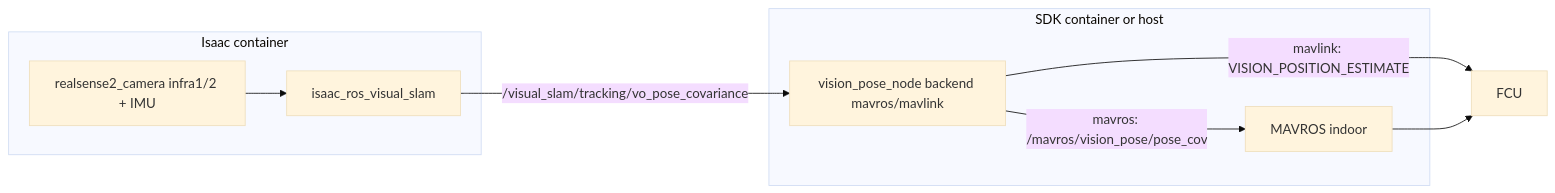
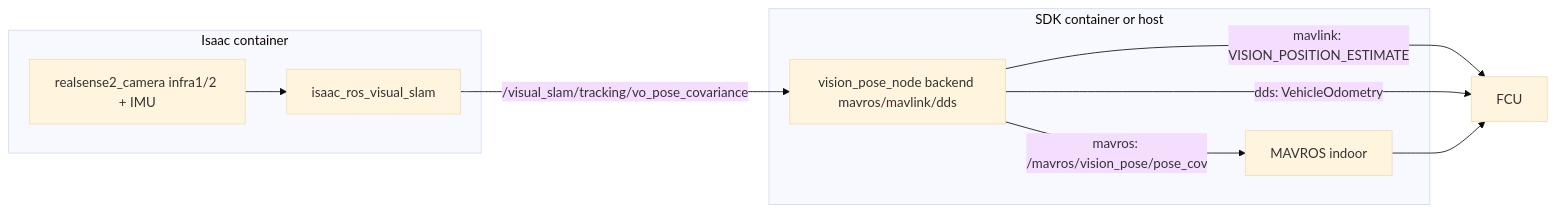
One commit to Black-Bee-Drones/nectar-sdk changed the diagram in nectar/nectar/control/localization/README.md. Above: the diagram before and after it, drawn with Mermaid (base theme). The commit also changed other lines of this file and 2 other files, not shown here.

````diff
--- a/nectar/nectar/control/localization/README.md
+++ b/nectar/nectar/control/localization/README.md
@@ -17,16 +17,17 @@
 ```mermaid
 flowchart LR
   subgraph isaac [Isaac container]
     rs[realsense2_camera infra1/2 + IMU]
     vslam[isaac_ros_visual_slam]
     rs --> vslam
   end
   subgraph sdk [SDK container or host]
-    bridge[vision_pose_node backend mavros/mavlink]
+    bridge[vision_pose_node backend mavros/mavlink/dds]
     mavros[MAVROS indoor]
   end
   vslam -->|"/visual_slam/tracking/vo_pose_covariance"| bridge
   bridge -->|"mavros: /mavros/vision_pose/pose_cov"| mavros
   bridge -->|"mavlink: VISION_POSITION_ESTIMATE"| fcu[FCU]
+  bridge -->|"dds: VehicleOdometry"| fcu
   mavros --> fcu
 ```
````
